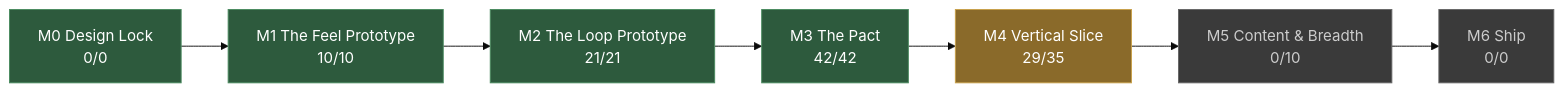
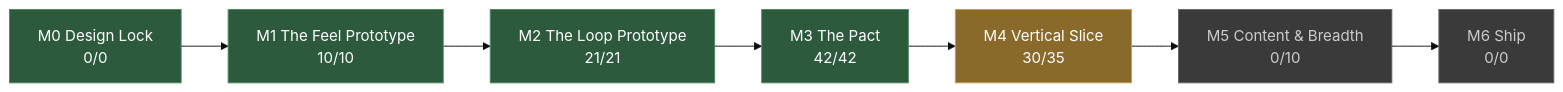
One commit to JoshuaGessner/she changed the diagram in docs/STATUS.md. Above: the diagram before and after it, drawn with Mermaid (base theme). The commit also changed other lines of this file and 35 other files, not shown here.

````diff
--- a/docs/STATUS.md
+++ b/docs/STATUS.md
@@ -13,19 +13,19 @@
 ```mermaid
 flowchart LR
   M0["M0 Design Lock<br/>0/0"]:::passed
   M1["M1 The Feel Prototype<br/>10/10"]:::passed
   M0 --> M1
   M2["M2 The Loop Prototype<br/>21/21"]:::passed
   M1 --> M2
   M3["M3 The Pact<br/>42/42"]:::passed
   M2 --> M3
-  M4["M4 Vertical Slice<br/>29/35"]:::current
+  M4["M4 Vertical Slice<br/>30/35"]:::current
   M3 --> M4
   M5["M5 Content & Breadth<br/>0/10"]:::ahead
   M4 --> M5
   M6["M6 Ship<br/>0/0"]:::ahead
   M5 --> M6
   classDef passed fill:#2d5a3d,stroke:#4a8a5f,color:#fff
   classDef current fill:#8a6a2a,stroke:#c8a04a,color:#fff
   classDef ahead fill:#3a3a3a,stroke:#666,color:#ccc
 ```
````
